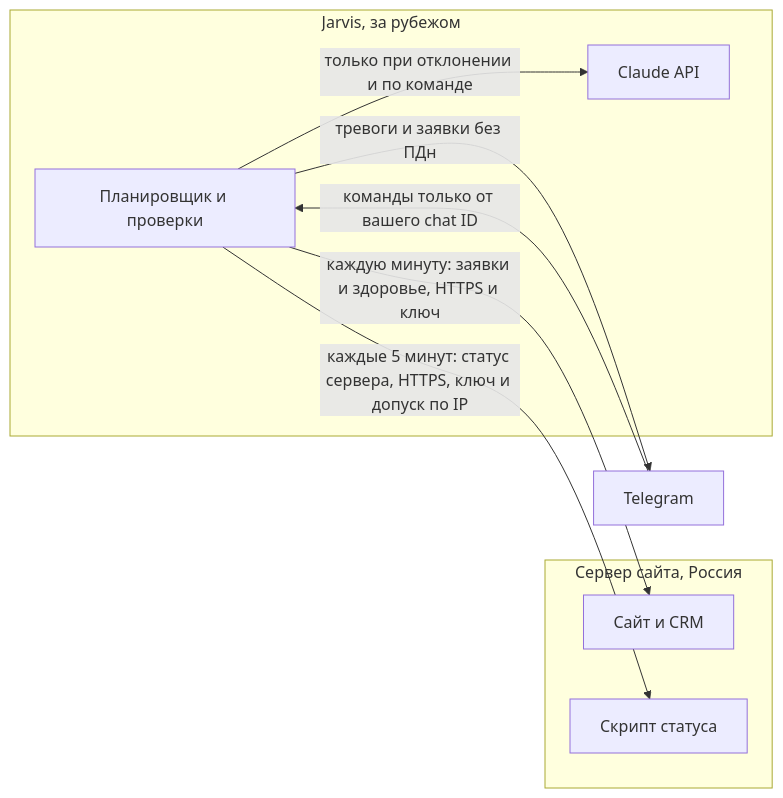
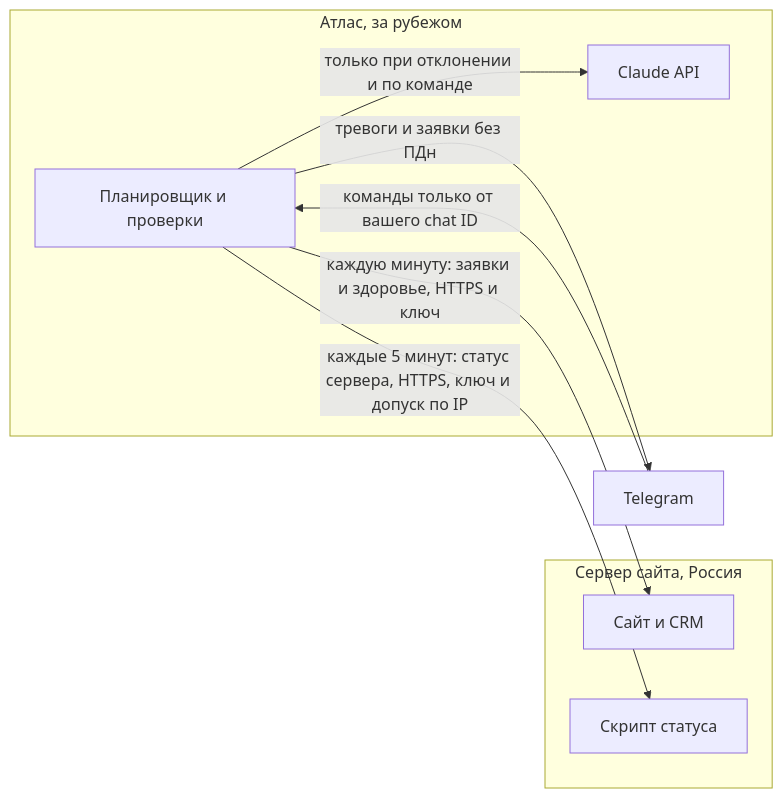
The diagram in docs/MONITORING_SPEC.md (SLX-PROF/MYASSISTANT), drawn with Mermaid before and after one commit. The commit also changed other lines of this file and 45 other files, not shown here.

First line of the commit message:
Rename the assistant from Jarvis to Atlas (Атлас)

````diff
--- a/docs/MONITORING_SPEC.md
+++ b/docs/MONITORING_SPEC.md
@@ -11,17 +11,17 @@
 ```mermaid
 flowchart LR
   subgraph RU[Сервер сайта, Россия]
     S[Сайт и CRM]
     H[Скрипт статуса]
   end
-  subgraph EU[Jarvis, за рубежом]
+  subgraph EU[Атлас, за рубежом]
     J[Планировщик и проверки]
     C[Claude API]
   end
   T[Telegram]
   J -->|"каждую минуту: заявки и здоровье, HTTPS и ключ"| S
   J -->|"каждые 5 минут: статус сервера, HTTPS, ключ и допуск по IP"| H
   J -->|"только при отклонении и по команде"| C
   J -->|"тревоги и заявки без ПДн"| T
   T -->|"команды только от вашего chat ID"| J
 ```
````
